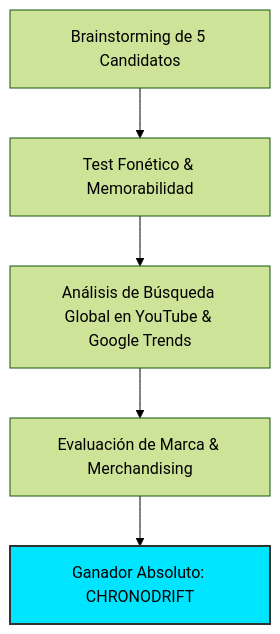
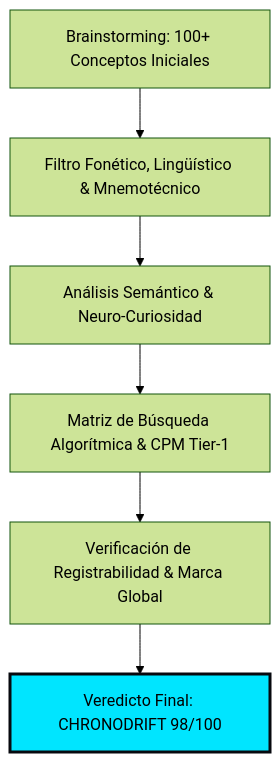
Before and after one commit to JOSFER78/videopro: the first of 2 diagrams in docs/investigaciones/youtube/01_CHRONODRIFT/01_naming_branding_y_estudio_demanda_marketing.md, drawn with Mermaid (forest theme). The commit also changed other lines of this file and 81 other files, not shown here.

````diff
--- a/docs/investigaciones/youtube/01_CHRONODRIFT/01_naming_branding_y_estudio_demanda_marketing.md
+++ b/docs/investigaciones/youtube/01_CHRONODRIFT/01_naming_branding_y_estudio_demanda_marketing.md
@@ -14,8 +13,9 @@
 ```mermaid
 graph TD
-    A[Brainstorming de 5 Candidatos] --> B[Test Fonético & Memorabilidad]
-    B --> C[Análisis de Búsqueda Global en YouTube & Google Trends]
-    C --> D[Evaluación de Marca & Merchandising]
-    D --> E[Ganador Absoluto: CHRONODRIFT]
-    style E fill:#00e5ff,stroke:#333,stroke-width:2px,color:#000
+    A[Brainstorming: 100+ Conceptos Iniciales] --> B[Filtro Fonético, Lingüístico & Mnemotécnico]
+    B --> C[Análisis Semántico & Neuro-Curiosidad]
+    C --> D[Matriz de Búsqueda Algorítmica & CPM Tier-1]
+    D --> E[Verificación de Registrabilidad & Marca Global]
+    E --> F[Veredicto Final: CHRONODRIFT 98/100]
+    style F fill:#00e5ff,stroke:#07090e,stroke-width:3px,color:#000
 ```
````
